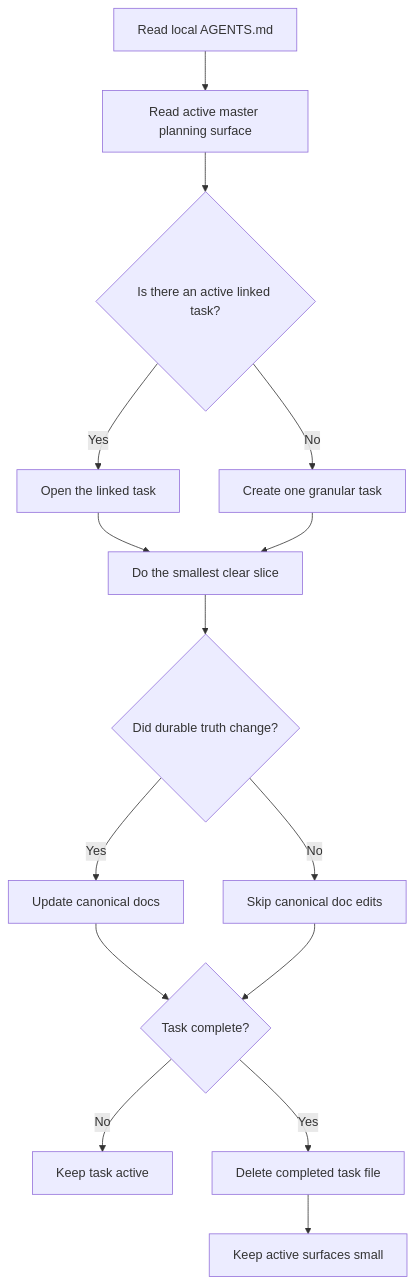
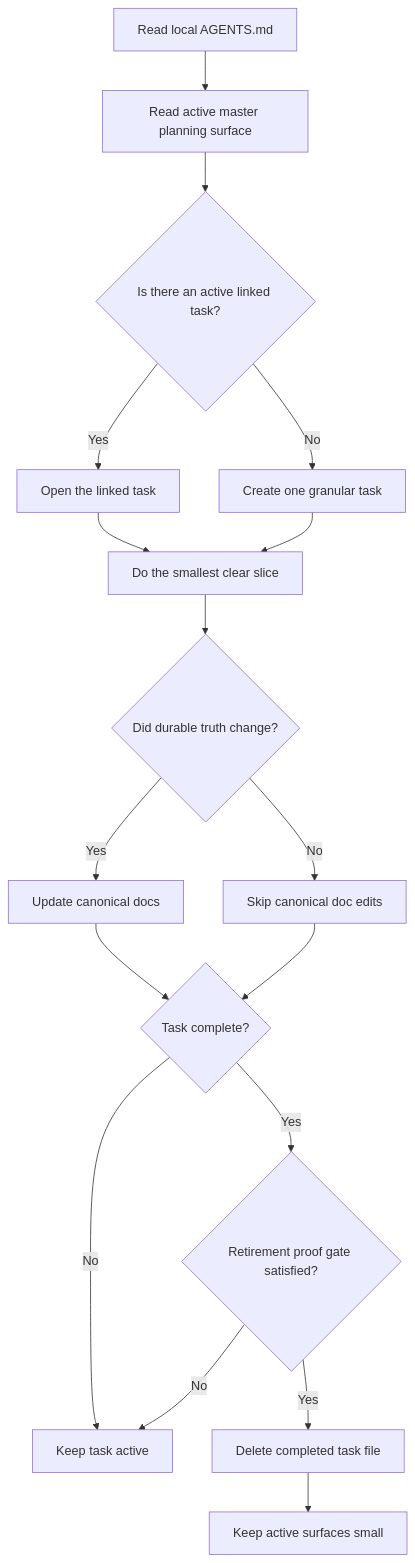
One commit to bperin/agent-contract changed the diagram in workflow.mmd. Above: the diagram before and after it, drawn with Mermaid. The commit also changed 7 other files, not shown here.

Commit message:
Harden task retirement guard

```diff
--- a/workflow.mmd
+++ b/workflow.mmd
@@ -1,15 +1,17 @@
 flowchart TD
     A[Read local AGENTS.md] --> B[Read active master planning surface]
     B --> C{Is there an active linked task?}
     C -->|Yes| D[Open the linked task]
     C -->|No| E[Create one granular task]
     D --> F[Do the smallest clear slice]
     E --> F
     F --> G{Did durable truth change?}
     G -->|Yes| H[Update canonical docs]
     G -->|No| I[Skip canonical doc edits]
     H --> J{Task complete?}
     I --> J
     J -->|No| K[Keep task active]
-    J -->|Yes| L[Delete completed task file]
-    L --> M[Keep active surfaces small]
+    J -->|Yes| L{Retirement proof gate satisfied?}
+    L -->|No| K
+    L -->|Yes| M[Delete completed task file]
+    M --> N[Keep active surfaces small]
```
